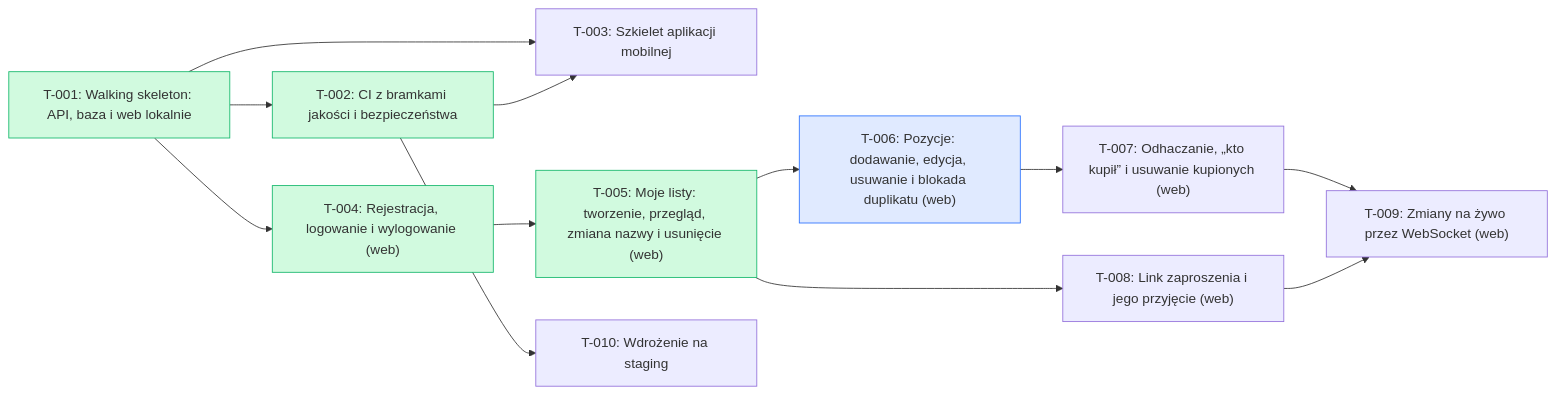
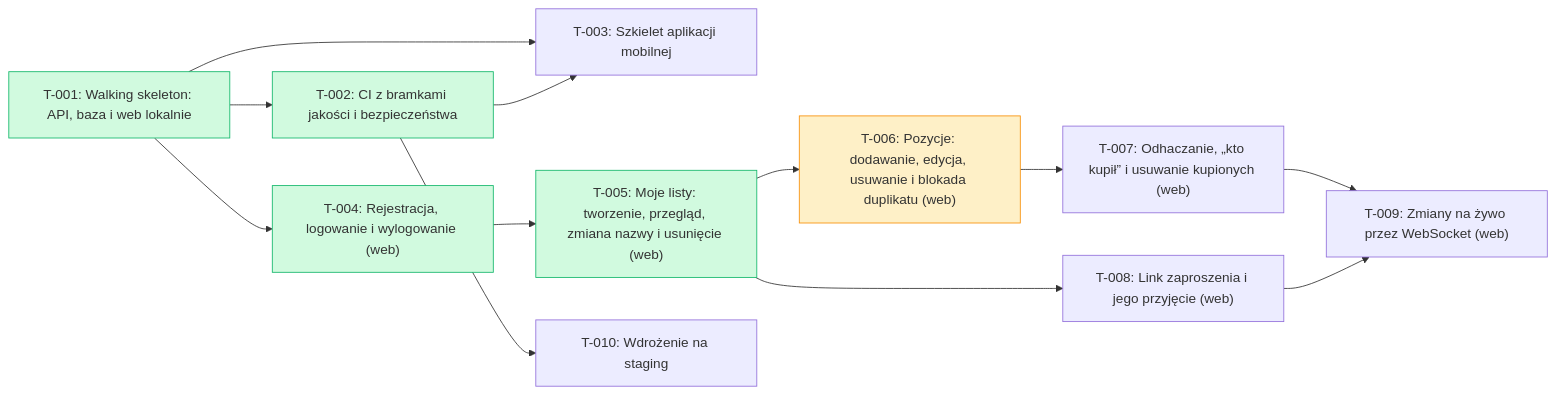
The diagram in docs/backlog/index.md (tombraz/lista-zakupow), drawn with Mermaid before and after one commit. The commit also changed other lines of this file and 1 other file, not shown here.

````diff
--- a/docs/backlog/index.md
+++ b/docs/backlog/index.md
@@ -19,28 +19,28 @@
 ```mermaid
 flowchart LR
   T_001["T-001: Walking skeleton: API, baza i web lokalnie"]:::done
   T_002["T-002: CI z bramkami jakości i bezpieczeństwa"]:::done
   T_003["T-003: Szkielet aplikacji mobilnej"]
   T_004["T-004: Rejestracja, logowanie i wylogowanie (web)"]:::done
   T_005["T-005: Moje listy: tworzenie, przegląd, zmiana nazwy i usunięcie (web)"]:::done
-  T_006["T-006: Pozycje: dodawanie, edycja, usuwanie i blokada duplikatu (web)"]:::qa
+  T_006["T-006: Pozycje: dodawanie, edycja, usuwanie i blokada duplikatu (web)"]:::wip
   T_007["T-007: Odhaczanie, „kto kupił” i usuwanie kupionych (web)"]
   T_008["T-008: Link zaproszenia i jego przyjęcie (web)"]
   T_009["T-009: Zmiany na żywo przez WebSocket (web)"]
   T_010["T-010: Wdrożenie na staging"]
   T_001 --> T_002
   T_001 --> T_003
   T_002 --> T_003
   T_001 --> T_004
   T_004 --> T_005
   T_005 --> T_006
   T_006 --> T_007
   T_005 --> T_008
   T_007 --> T_009
   T_008 --> T_009
   T_002 --> T_010
   classDef done fill:#d1fadf,stroke:#12b76a
   classDef wip fill:#fef0c7,stroke:#f79009
   classDef qa fill:#e0eaff,stroke:#2970ff
   classDef blocked fill:#fee4e2,stroke:#f04438
 ```
````
